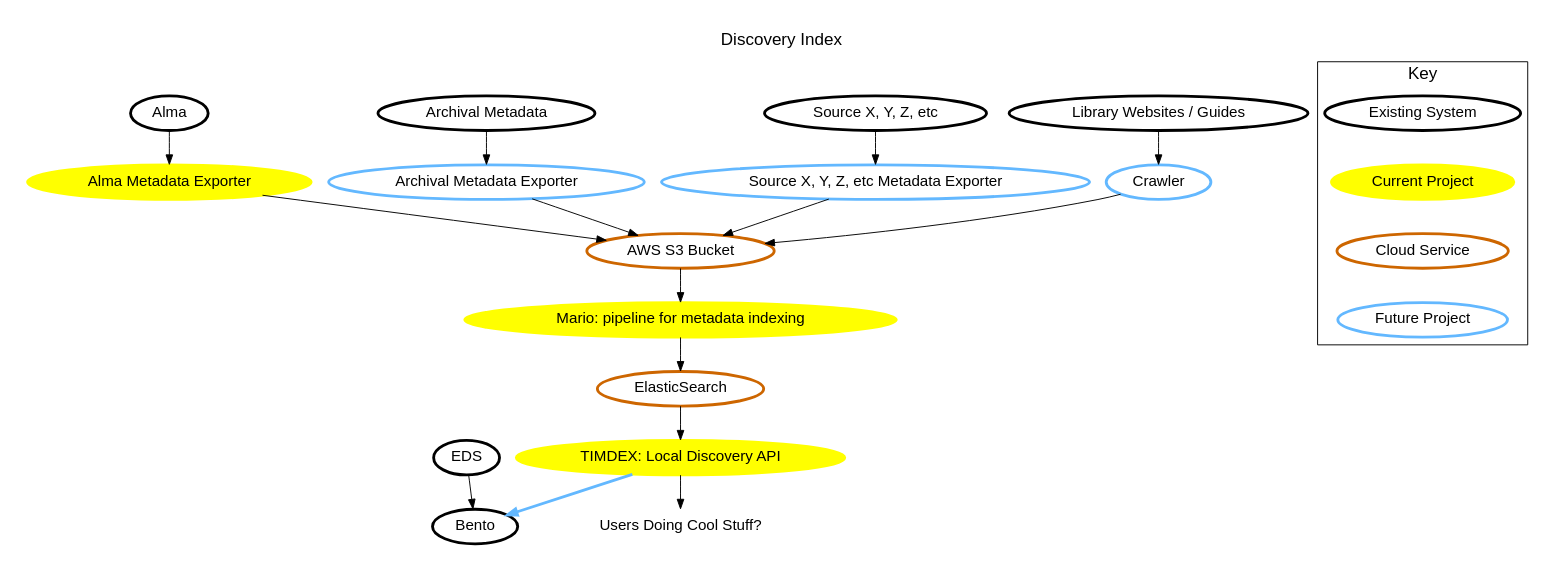
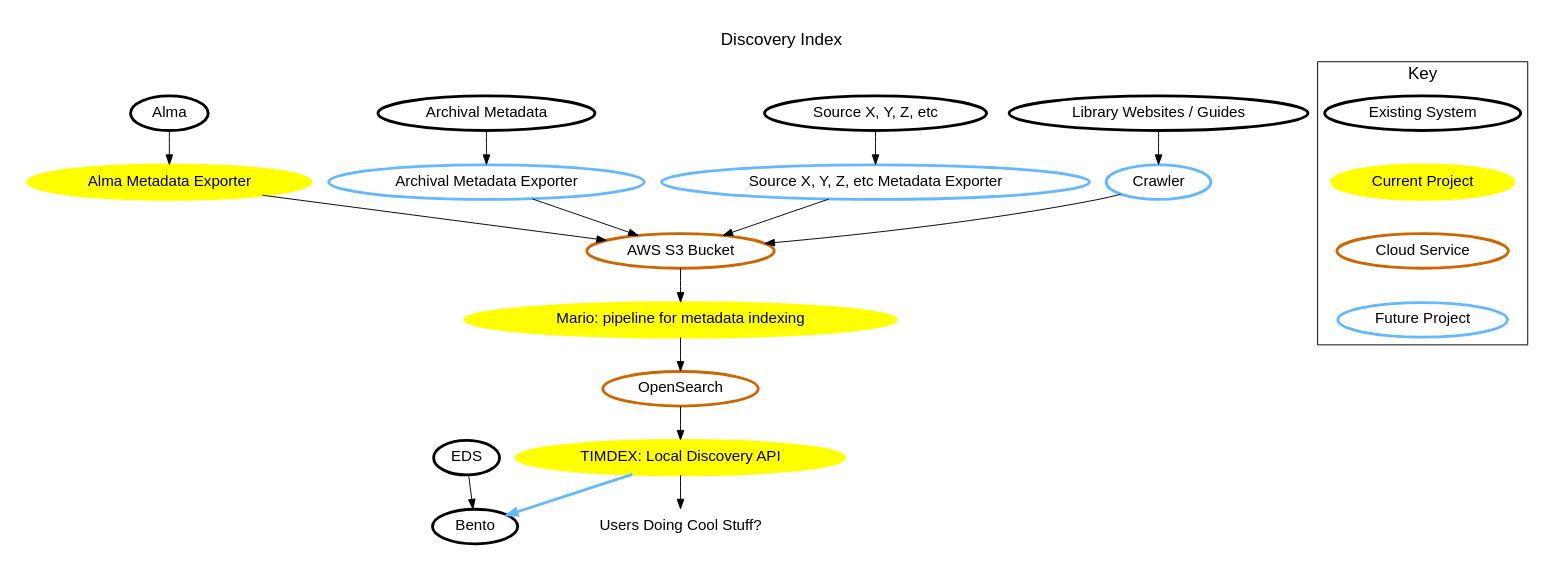
One commit to MITLibraries/mario changed the diagram in docs/charts/dip_overview.dot. Above: the diagram before and after it, drawn with Graphviz. The commit also changed 11 other files, not shown here.

First line of the commit message:
Update for OpenSearch

```diff
--- a/docs/charts/dip_overview.dot
+++ b/docs/charts/dip_overview.dot
@@ -1,61 +1,61 @@
 // dot docs/charts/dip_overview.dot -Tpng > docs/charts/dip_overview.png
 // requires installation of GraphViz (brew install graphviz, or
 // http://www.graphviz.org/Download..php if that doesn't work)
 
 digraph G {
   label="Discovery Index";
   labelloc=t;
   fontname=helvetica;
   fontsize=18;
   node [style=filled, fontname=helvetica, color=black, fillcolor=white, penwidth=3, fontsize=16];
   pad=0.3;
 
   alma[label="Alma"]
   almaExporter[label="Alma Metadata Exporter", color=Yellow1, fillcolor=Yellow1]
   s3[label="AWS S3 Bucket", color=DarkOrange3]
   processor[label="Mario: pipeline for metadata indexing", color=Yellow1, fillcolor=Yellow1]
-  index[label="ElasticSearch", color=DarkOrange3]
+  index[label="OpenSearch", color=DarkOrange3]
   archives[label="Archival Metadata"]
   archivesExporter[label="Archival Metadata Exporter", color=SteelBlue1]
   futureData[label="Source X, Y, Z, etc", color=black]
   futureExporter[label="Source X, Y, Z, etc Metadata Exporter", color=SteelBlue1]
   websites[label="Library Websites / Guides", color=black]
   websitesCrawler[label="Crawler", color=SteelBlue1]
   api[label="TIMDEX: Local Discovery API", color=Yellow1, fillcolor=Yellow1]
   eds[label="EDS"]
   bento[label="Bento"]
   magic[label="Users Doing Cool Stuff?", color=transparent]
 
   alma -> almaExporter
   almaExporter -> s3
 
   s3 -> processor
   processor -> index
 
   archives -> archivesExporter
   archivesExporter -> s3
 
   futureData -> futureExporter
   futureExporter -> s3
 
   websites -> websitesCrawler
   websitesCrawler -> s3
 
   index -> api
   api -> bento [color=SteelBlue1, penwidth=3]
   api -> magic
 
   eds -> bento
 
   subgraph clusterLegend {
     label="Key";
     {
      k4[label="Future Project", color=SteelBlue1];
      k3[label="Cloud Service", color=darkorange3];
      k2[label="Current Project", color=Yellow1, fillcolor=Yellow1];
      k1[label="Existing System"]
      k1 -> k2 -> k3 -> k4 [style=invis]
      }
   }
 
 }
```
